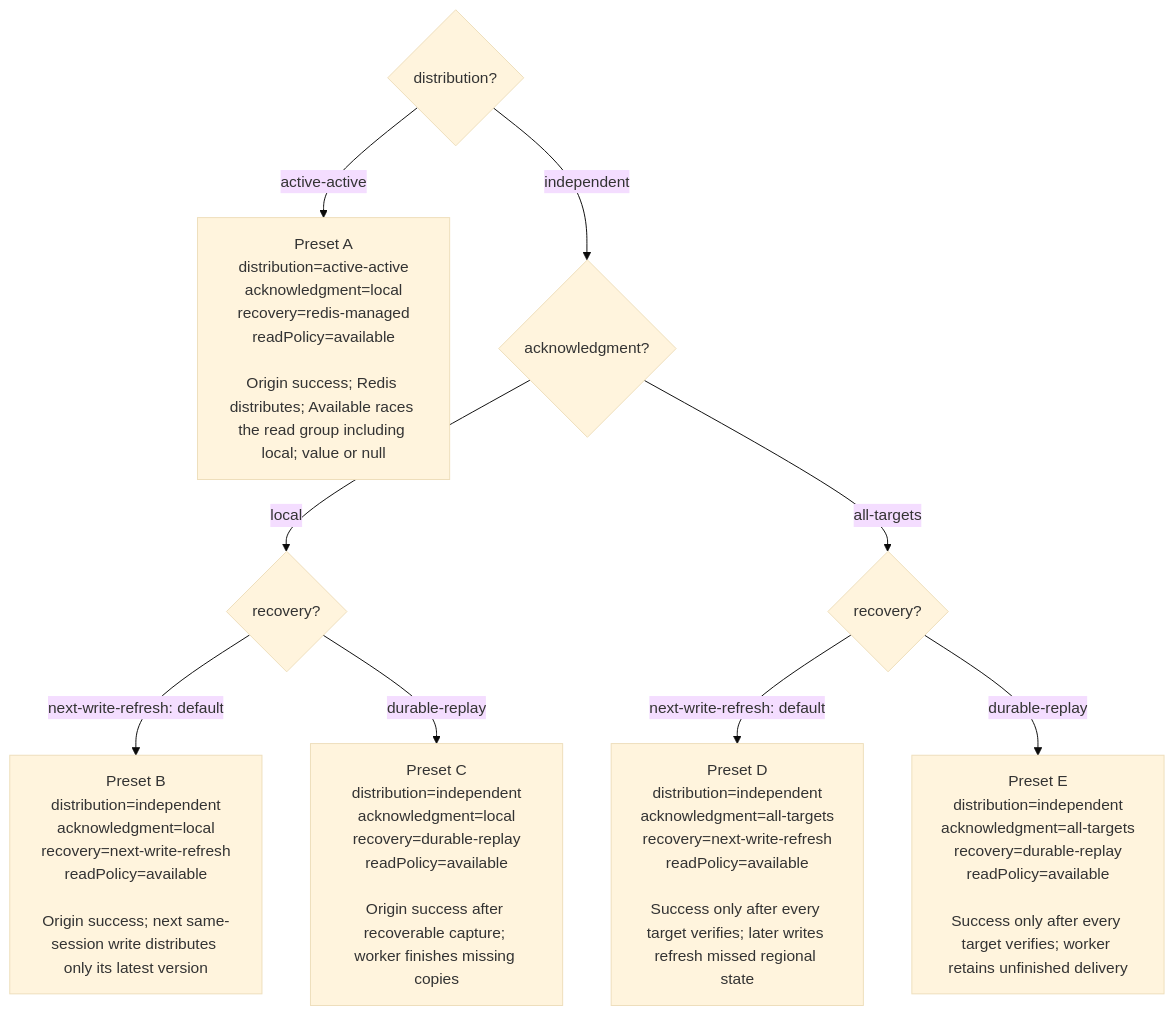
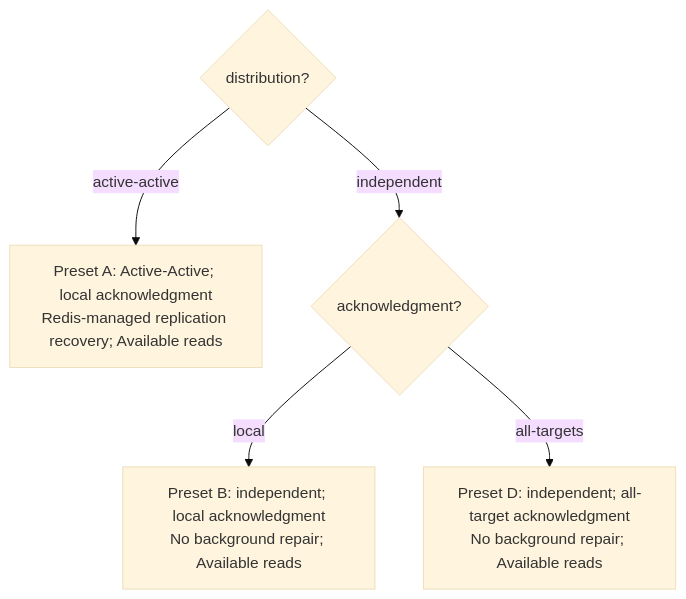
One commit to alberttwong/redis-multi-region-adapter changed the first of 4 diagrams in decisions.md. Above: the diagram before and after it, drawn with Mermaid (base theme). The commit also changed other lines of this file and 13 other files, not shown here.

````diff
--- a/decisions.md
+++ b/decisions.md
@@ -17,11 +13,7 @@
 ```mermaid
 flowchart TD
-    Start{"distribution?"} -->|active-active| A["Preset A<br/>distribution=active-active<br/>acknowledgment=local<br/>recovery=redis-managed<br/>readPolicy=available<br/><br/>Origin success; Redis distributes; Available races the read group including local; value or null"]
+    Start{"distribution?"} -->|active-active| A["Preset A: Active-Active; local acknowledgment<br/>Redis-managed replication recovery; Available reads"]
     Start -->|independent| Ack{"acknowledgment?"}
-    Ack -->|local| LocalRecovery{"recovery?"}
-    LocalRecovery -->|next-write-refresh: default| B["Preset B<br/>distribution=independent<br/>acknowledgment=local<br/>recovery=next-write-refresh<br/>readPolicy=available<br/><br/>Origin success; next same-session write distributes only its latest version"]
-    LocalRecovery -->|durable-replay| C["Preset C<br/>distribution=independent<br/>acknowledgment=local<br/>recovery=durable-replay<br/>readPolicy=available<br/><br/>Origin success after recoverable capture; worker finishes missing copies"]
-    Ack -->|all-targets| AllRecovery{"recovery?"}
-    AllRecovery -->|next-write-refresh: default| D["Preset D<br/>distribution=independent<br/>acknowledgment=all-targets<br/>recovery=next-write-refresh<br/>readPolicy=available<br/><br/>Success only after every target verifies; later writes refresh missed regional state"]
-    AllRecovery -->|durable-replay| E["Preset E<br/>distribution=independent<br/>acknowledgment=all-targets<br/>recovery=durable-replay<br/>readPolicy=available<br/><br/>Success only after every target verifies; worker retains unfinished delivery"]
+    Ack -->|local| B["Preset B: independent; local acknowledgment<br/>No background repair; Available reads"]
+    Ack -->|all-targets| D["Preset D: independent; all-target acknowledgment<br/>No background repair; Available reads"]
 ```
````
